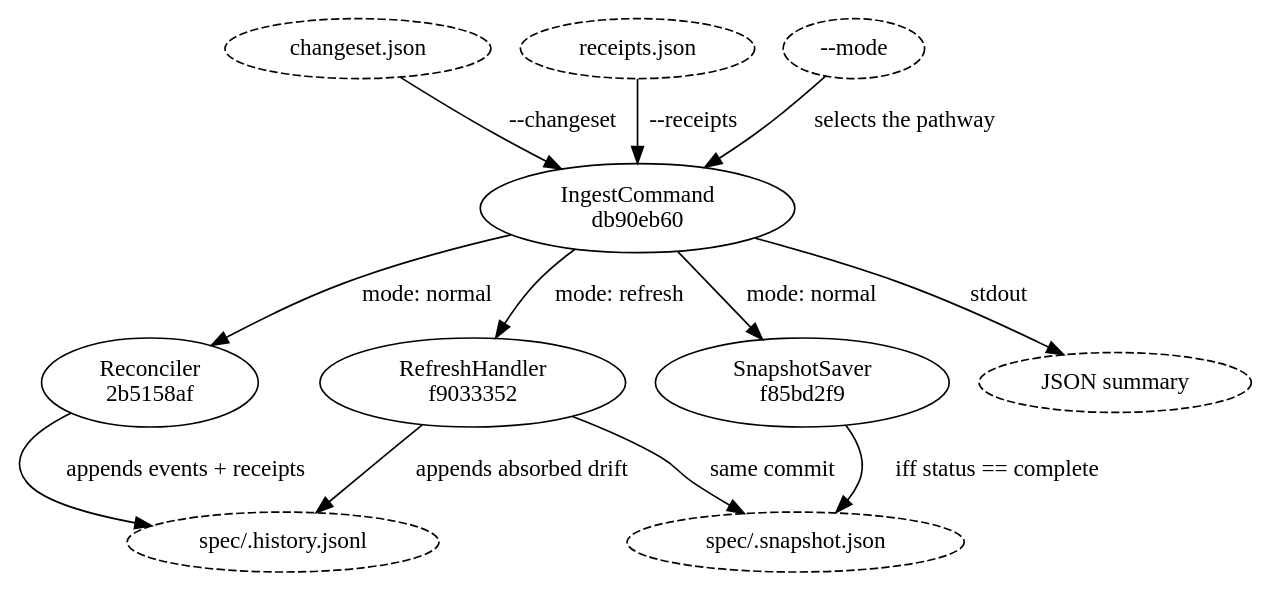
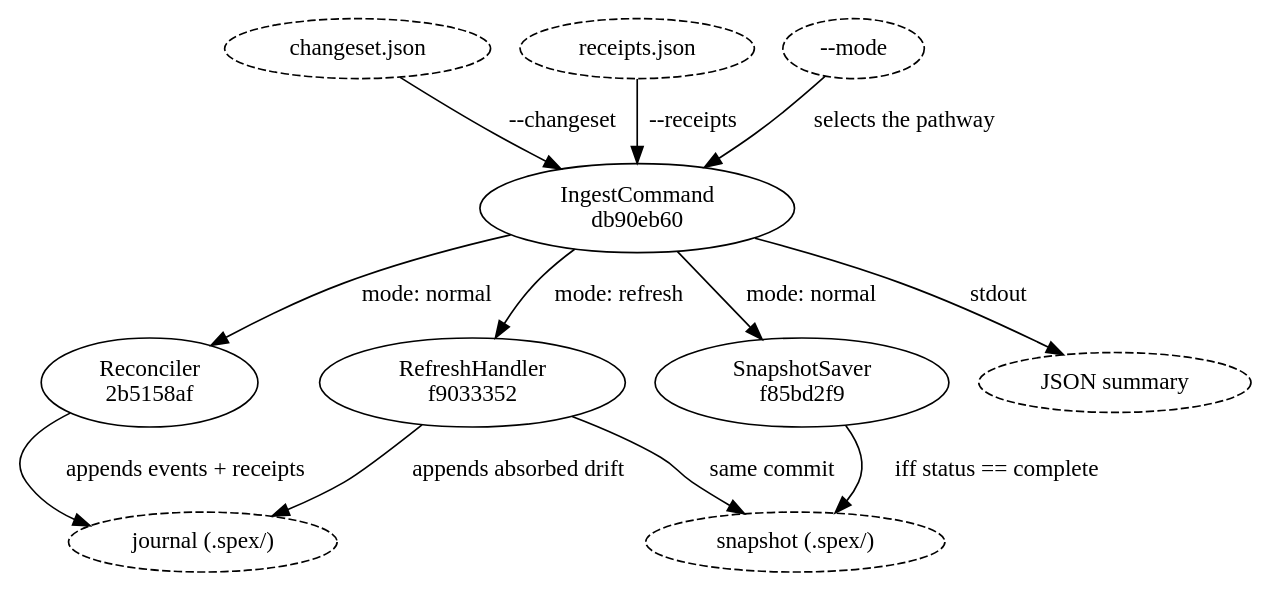
Before and after one commit to dmitriyb/spexmachina: the diagram in spec/ingest/flow_ingest.md, drawn with Graphviz. The commit also changed other lines of this file and 54 other files, not shown here.

First line of the commit message:
spec: apply project-lifecycle — .spex/ state dir, init/doctor, absence is an error

````diff
--- a/spec/ingest/flow_ingest.md
+++ b/spec/ingest/flow_ingest.md
@@ -11,26 +11,26 @@
 ```dot
 digraph ingest_dispatch {
     "changeset.json"        [style=dashed];
     "receipts.json"         [style=dashed];
     "--mode"                [style=dashed];
     "db90eb607bcb"          [label="IngestCommand\ndb90eb60"];
     "2b5158af774b"          [label="Reconciler\n2b5158af"];
     "f85bd2f94aeb"          [label="SnapshotSaver\nf85bd2f9"];
     "f9033352c13f"          [label="RefreshHandler\nf9033352"];
-    "spec/.history.jsonl"   [style=dashed];
-    "spec/.snapshot.json"   [style=dashed];
+    "journal (.spex/)"      [style=dashed];
+    "snapshot (.spex/)"     [style=dashed];
     "JSON summary"          [style=dashed];
 
     "changeset.json"  -> "db90eb607bcb"        [label="--changeset"];
     "receipts.json"   -> "db90eb607bcb"        [label="--receipts"];
     "--mode"          -> "db90eb607bcb"        [label="selects the pathway"];
     "db90eb607bcb"    -> "2b5158af774b"        [label="mode: normal"];
     "db90eb607bcb"    -> "f85bd2f94aeb"        [label="mode: normal"];
     "db90eb607bcb"    -> "f9033352c13f"        [label="mode: refresh"];
-    "2b5158af774b"    -> "spec/.history.jsonl" [label="appends events + receipts"];
-    "f85bd2f94aeb"    -> "spec/.snapshot.json" [label="iff status == complete"];
-    "f9033352c13f"    -> "spec/.history.jsonl" [label="appends absorbed drift"];
-    "f9033352c13f"    -> "spec/.snapshot.json" [label="same commit"];
+    "2b5158af774b"    -> "journal (.spex/)"    [label="appends events + receipts"];
+    "f85bd2f94aeb"    -> "snapshot (.spex/)"   [label="iff status == complete"];
+    "f9033352c13f"    -> "journal (.spex/)"    [label="appends absorbed drift"];
+    "f9033352c13f"    -> "snapshot (.spex/)"   [label="same commit"];
     "db90eb607bcb"    -> "JSON summary"        [label="stdout"];
 }
 ```
````
